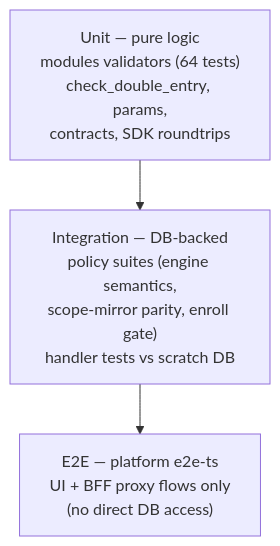
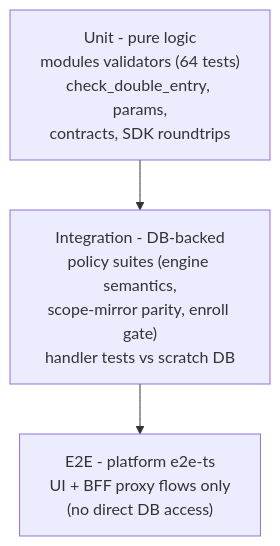
Before and after one commit to Bank8-dev/bank8-site: the eighth of 8 diagrams in docs/products/ledger/design.md, drawn with Mermaid. The commit also changed other lines of this file and 53 other files, not shown here.

````diff
--- a/docs/products/ledger/design.md
+++ b/docs/products/ledger/design.md
@@ -357,5 +357,5 @@
 ```mermaid
 graph TD
-    U["Unit — pure logic<br/>modules validators (64 tests)<br/>check_double_entry, params,<br/>contracts, SDK roundtrips"] --> I["Integration — DB-backed<br/>policy suites (engine semantics,<br/>scope-mirror parity, enroll gate)<br/>handler tests vs scratch DB"]
-    I --> E["E2E — platform e2e-ts<br/>UI + BFF proxy flows only<br/>(no direct DB access)"]
+    U["Unit - pure logic<br/>modules validators (64 tests)<br/>check_double_entry, params,<br/>contracts, SDK roundtrips"] --> I["Integration - DB-backed<br/>policy suites (engine semantics,<br/>scope-mirror parity, enroll gate)<br/>handler tests vs scratch DB"]
+    I --> E["E2E - platform e2e-ts<br/>UI + BFF proxy flows only<br/>(no direct DB access)"]
 ```
````
